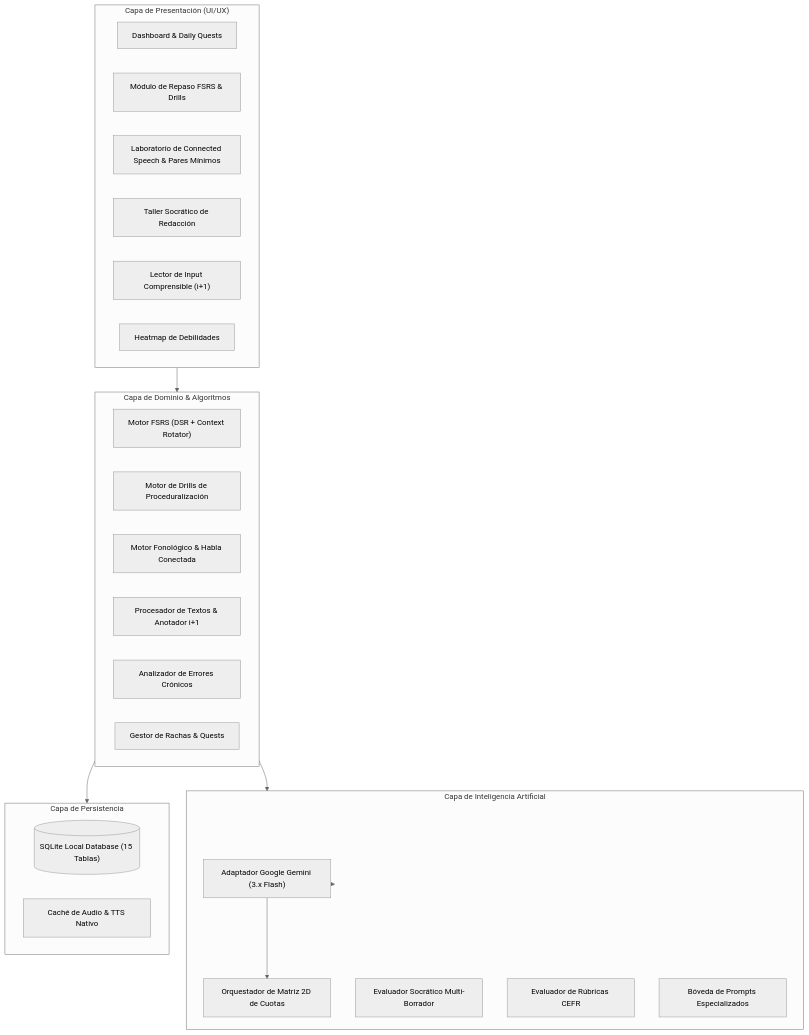
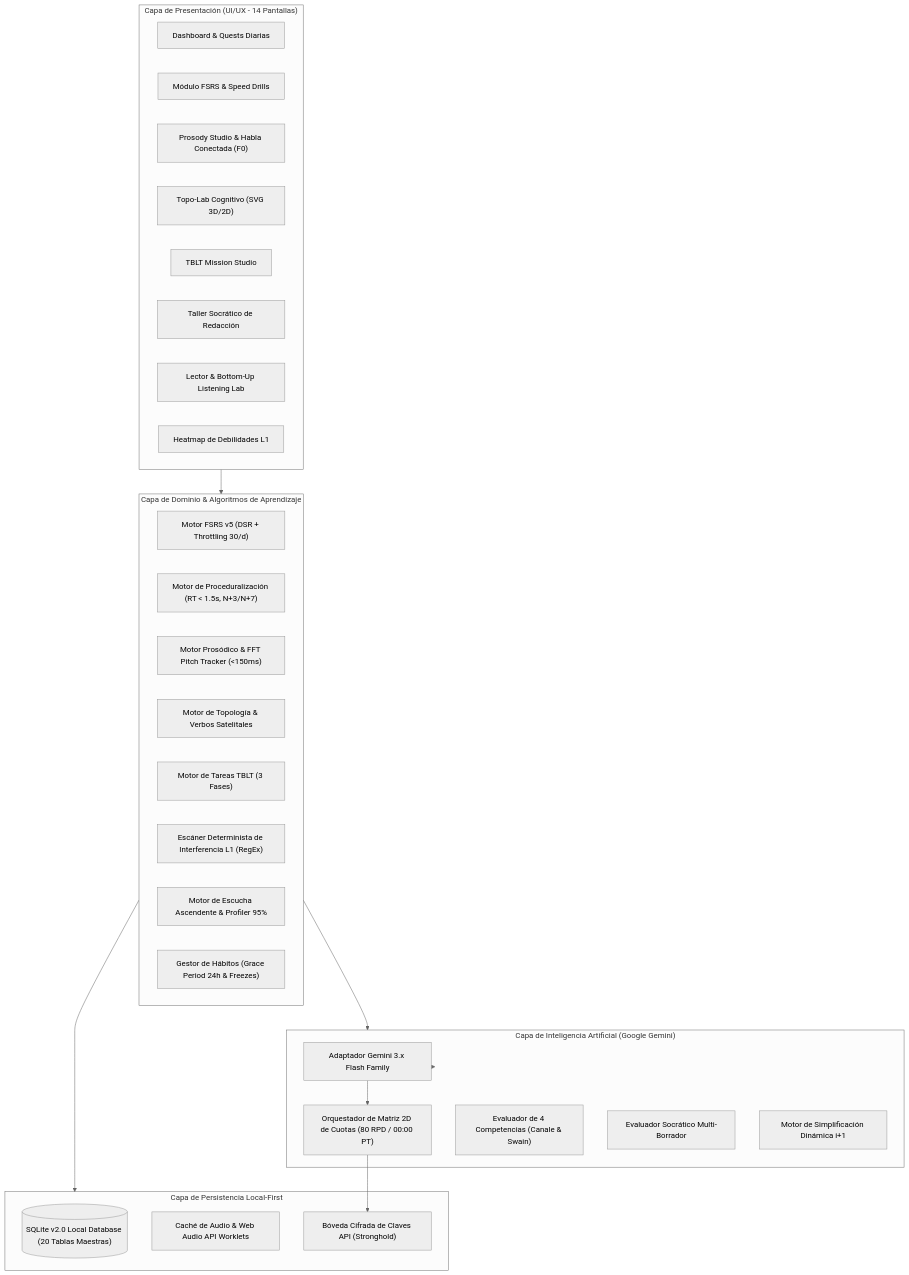
Before and after one commit to JosGRM21/english_learning_assistant: the diagram in docs/README.md, drawn with Mermaid (neutral theme). The commit also changed other lines of this file and 142 other files, not shown here.

````diff
--- a/docs/README.md
+++ b/docs/README.md
@@ -43,39 +46,45 @@
 ```mermaid
 graph TB
-    subgraph UI["Capa de Presentación (UI/UX)"]
-        Dashboard["Dashboard & Daily Quests"]
-        SRSView["Módulo de Repaso FSRS & Drills"]
-        PhoneticsView["Laboratorio de Connected Speech & Pares Mínimos"]
+    subgraph UI["Capa de Presentación (UI/UX - 14 Pantallas)"]
+        Dashboard["Dashboard & Quests Diarias"]
+        SRSView["Módulo FSRS & Speed Drills"]
+        ProsodyView["Prosody Studio & Habla Conectada (F0)"]
+        TopoView["Topo-Lab Cognitivo (SVG 3D/2D)"]
+        TBLTView["TBLT Mission Studio"]
         WritingView["Taller Socrático de Redacción"]
-        ReaderView["Lector de Input Comprensible (i+1)"]
-        AnalyticsView["Heatmap de Debilidades"]
+        ReaderView["Lector & Bottom-Up Listening Lab"]
+        AnalyticsView["Heatmap de Debilidades L1"]
     end
 
-    subgraph Core["Capa de Dominio & Algoritmos"]
-        FSRSEngine["Motor FSRS (DSR + Context Rotator)"]
-        SpeedEngine["Motor de Drills de Proceduralización"]
-        PhoneticEngine["Motor Fonológico & Habla Conectada"]
-        ReaderEngine["Procesador de Textos & Anotador i+1"]
-        DiagnosticEngine["Analizador de Errores Crónicos"]
-        HabitEngine["Gestor de Rachas & Quests"]
+    subgraph Core["Capa de Dominio & Algoritmos de Aprendizaje"]
+        FSRSEngine["Motor FSRS v5 (DSR + Throttling 30/d)"]
+        ProcEngine["Motor de Proceduralización (RT < 1.5s, N+3/N+7)"]
+        ProsodyEngine["Motor Prosódico & FFT Pitch Tracker (<150ms)"]
+        TopoEngine["Motor de Topología & Verbos Satelitales"]
+        TbltEngine["Motor de Tareas TBLT (3 Fases)"]
+        L1Scanner["Escáner Determinista de Interferencia L1 (RegEx)"]
+        ListeningEngine["Motor de Escucha Ascendente & Profiler 95%"]
+        HabitEngine["Gestor de Hábitos (Grace Period 24h & Freezes)"]
     end
 
-    subgraph AI["Capa de Inteligencia Artificial"]
-        GeminiAdapter["Adaptador Google Gemini (3.x Flash)"]
-        QuotaMatrix["Orquestador de Matriz 2D de Cuotas"]
+    subgraph AI["Capa de Inteligencia Artificial (Google Gemini)"]
+        GeminiAdapter["Adaptador Gemini 3.x Flash Family"]
+        QuotaMatrix["Orquestador de Matriz 2D de Cuotas (80 RPD / 00:00 PT)"]
+        TbltEvaluator["Evaluador de 4 Competencias (Canale & Swain)"]
         SocraticEvaluator["Evaluador Socrático Multi-Borrador"]
-        RubricEngine["Evaluador de Rúbricas CEFR"]
-        PromptVault["Bóveda de Prompts Especializados"]
+        Simplifier["Motor de Simplificación Dinámica i+1"]
     end
 
-    subgraph Data["Capa de Persistencia"]
-        SQLiteDB[("SQLite Local Database (15 Tablas)")]
-        AudioStore["Caché de Audio & TTS Nativo"]
+    subgraph Data["Capa de Persistencia Local-First"]
+        SQLiteDB[("SQLite v2.0 Local Database (20 Tablas Maestras)")]
+        AudioStore["Caché de Audio & Web Audio API Worklets"]
+        Vault["Bóveda Cifrada de Claves API (Stronghold)"]
     end
 
     UI --> Core
     Core --> AI
     Core --> Data
     AI --> GeminiAdapter
     GeminiAdapter --> QuotaMatrix
+    QuotaMatrix --> Vault
 ```
````
